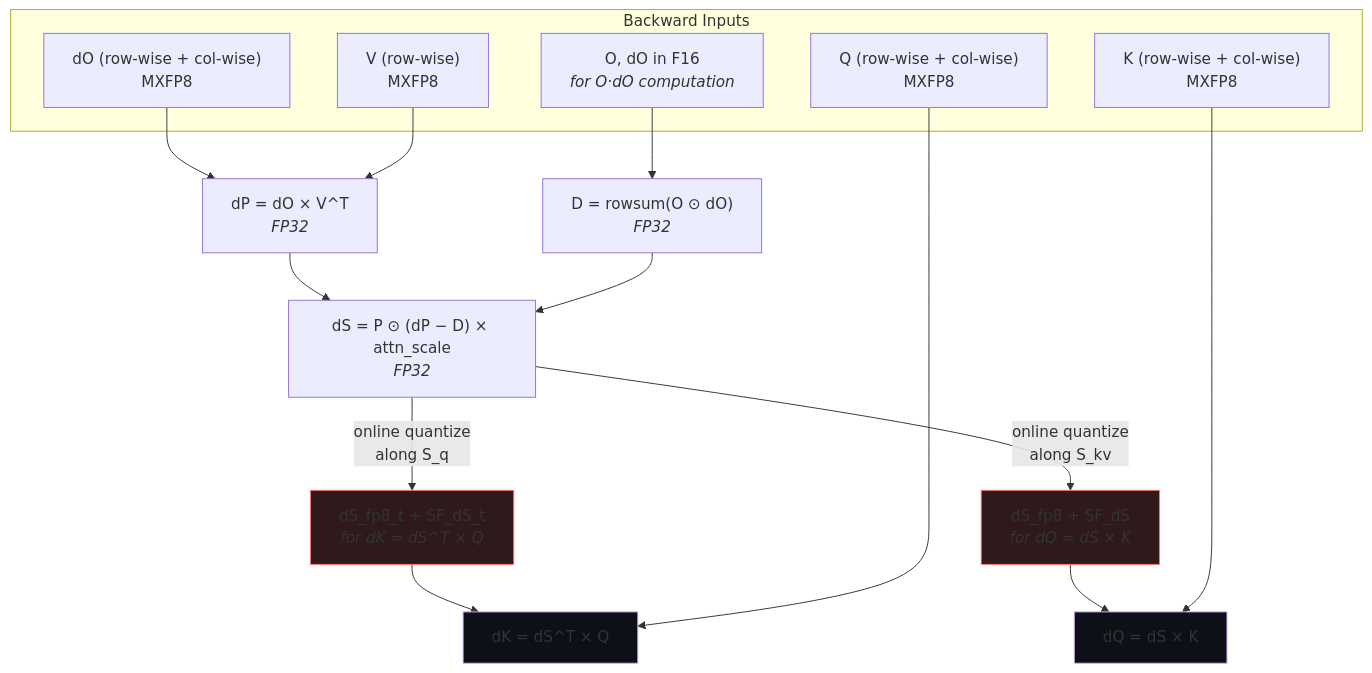
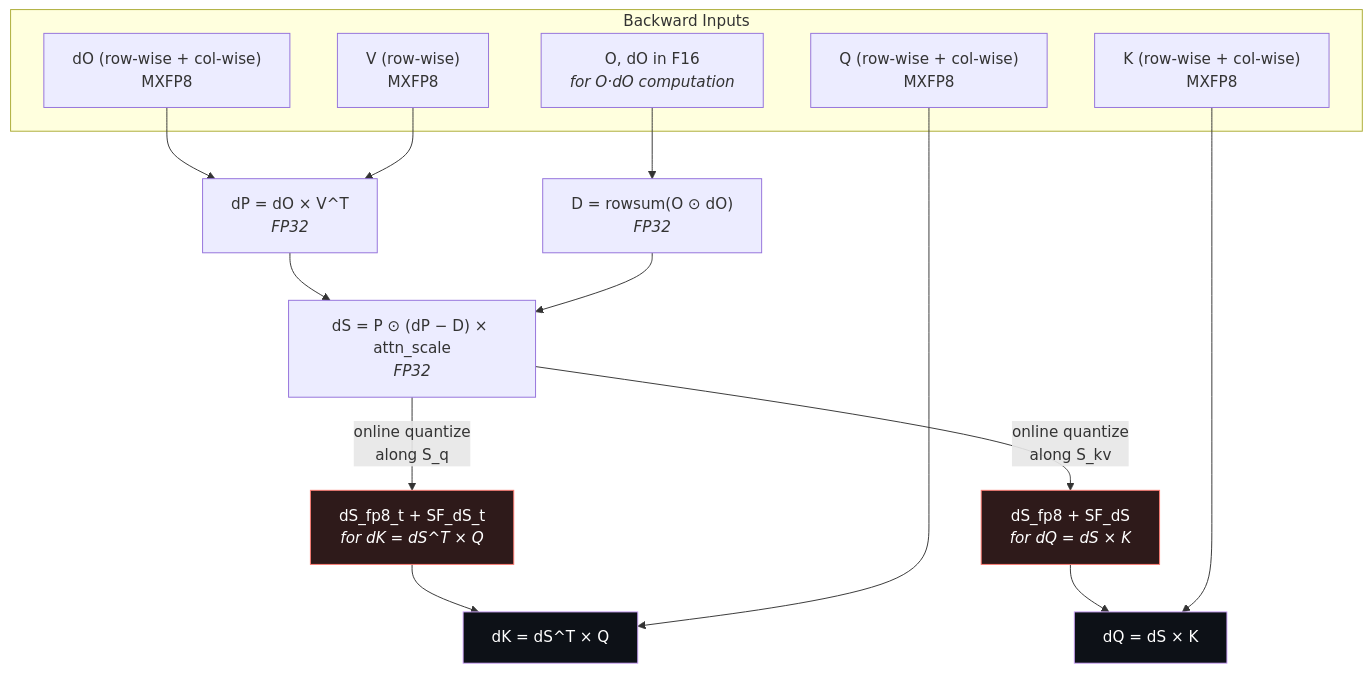
Before and after one commit to NVIDIA/cudnn-frontend: the second of 2 diagrams in _posts/2026-04-20-mxfp8-attention-scaling.md, drawn with Mermaid. The commit also changed other lines of this file, not shown here.

First line of the commit message:
Fix Mermaid diagram text colors for light mode compatibility

````diff
--- a/_posts/2026-04-20-mxfp8-attention-scaling.md
+++ b/_posts/2026-04-20-mxfp8-attention-scaling.md
@@ -99,30 +99,30 @@
 ```mermaid
 graph TD
     subgraph "Backward Inputs"
         Qr["Q (row-wise + col-wise)<br/>MXFP8"]
         Kr["K (row-wise + col-wise)<br/>MXFP8"]
         Vr["V (row-wise)<br/>MXFP8"]
         dO["dO (row-wise + col-wise)<br/>MXFP8"]
         Of["O, dO in F16<br/><i>for O·dO computation</i>"]
     end
 
     Of --> DOT["D = rowsum(O ⊙ dO)<br/><i>FP32</i>"]
     dO --> dP["dP = dO × V^T<br/><i>FP32</i>"]
     Vr --> dP
 
     dP --> dS_compute["dS = P ⊙ (dP − D) × attn_scale<br/><i>FP32</i>"]
     DOT --> dS_compute
 
     dS_compute --> |"online quantize<br/>along S_kv"| dS_d["dS_fp8 + SF_dS<br/><i>for dQ = dS × K</i>"]
     dS_compute --> |"online quantize<br/>along S_q"| dS_s["dS_fp8_t + SF_dS_t<br/><i>for dK = dS^T × Q</i>"]
 
     dS_d --> dQ["dQ = dS × K"]
     Kr --> dQ
     dS_s --> dK["dK = dS^T × Q"]
     Qr --> dK
 
-    style dS_d fill:#2e1a1a,stroke:#ff7b72
-    style dS_s fill:#2e1a1a,stroke:#ff7b72
-    style dQ fill:#0d1117,stroke:#d2a8ff
-    style dK fill:#0d1117,stroke:#d2a8ff
+    style dS_d fill:#2e1a1a,stroke:#ff7b72,color:#fff
+    style dS_s fill:#2e1a1a,stroke:#ff7b72,color:#fff
+    style dQ fill:#0d1117,stroke:#d2a8ff,color:#fff
+    style dK fill:#0d1117,stroke:#d2a8ff,color:#fff
 ```
````
